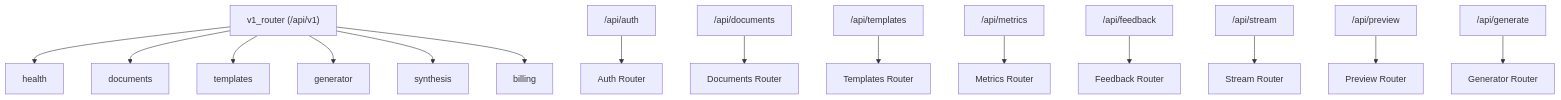
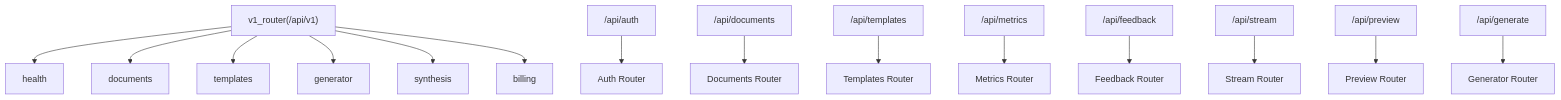
The eighth of 10 diagrams in docs/docs/knowledge/Backend Development/FastAPI Application Structure.md (rohitkumarnaidu/ScholarFormAI), drawn with Mermaid before and after one commit. The commit also changed 73 other files, not shown here.

First line of the commit message:
docs: enterprise-level markdown upgrade with Mermaid diagrams

````diff
--- a/docs/docs/knowledge/Backend Development/FastAPI Application Structure.md
+++ b/docs/docs/knowledge/Backend Development/FastAPI Application Structure.md
@@ -352,17 +352,17 @@
 ```mermaid
 graph TB
-V1["v1_router (/api/v1)"] --> H["health"]
+V1["v1_router(/api/v1)"] --> H["health"]
 V1 --> D["documents"]
 V1 --> T["templates"]
 V1 --> G["generator"]
 V1 --> S["synthesis"]
 V1 --> B["billing"]
 A["/api/auth"] --> Auth["Auth Router"]
 D2["/api/documents"] --> Docs["Documents Router"]
 TM["/api/templates"] --> Tmpl["Templates Router"]
 M["/api/metrics"] --> Met["Metrics Router"]
 F["/api/feedback"] --> Feed["Feedback Router"]
 ST["/api/stream"] --> Str["Stream Router"]
 PV["/api/preview"] --> Prev["Preview Router"]
 GEN["/api/generate"] --> Gen["Generator Router"]
 ```
````
